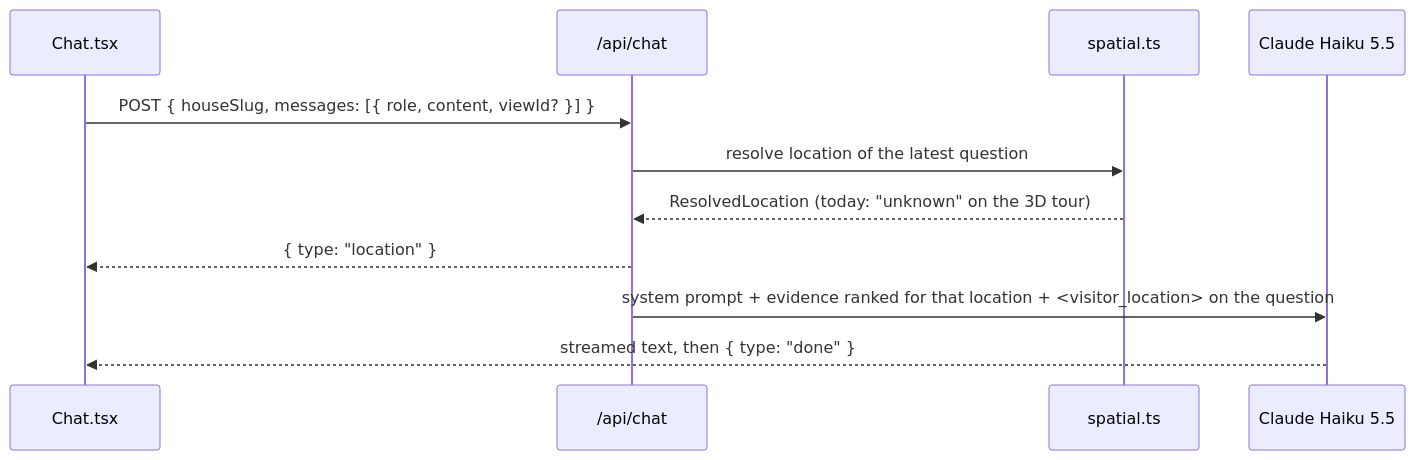
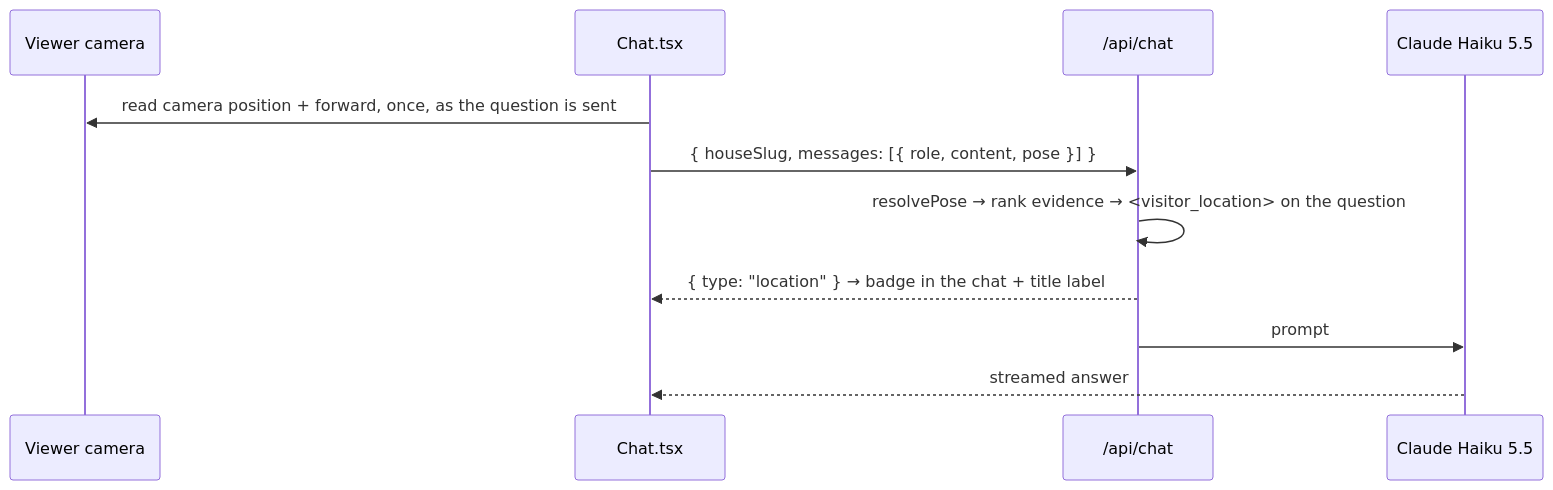
Before and after one commit to bkleinp/splat: the diagram in docs/llm-layer.md, drawn with Mermaid. The commit also changed other lines of this file and 15 other files, not shown here.

First line of the commit message:
Add spatial context: camera-pose zones, 3D view-ray facing, zone-authoring tools

````diff
--- a/docs/llm-layer.md
+++ b/docs/llm-layer.md
@@ -34,14 +32,14 @@
 ```mermaid
 sequenceDiagram
+  participant V as Viewer camera
   participant B as Chat.tsx
   participant R as /api/chat
-  participant S as spatial.ts
   participant C as Claude Haiku 5.5
 
-  B->>R: POST { houseSlug, messages: [{ role, content, viewId? }] }
-  R->>S: resolve location of the latest question
-  S-->>R: ResolvedLocation (today: "unknown" on the 3D tour)
-  R-->>B: { type: "location" }
-  R->>C: system prompt + evidence ranked for that location + <visitor_location> on the question
-  C-->>B: streamed text, then { type: "done" }
+  B->>V: read camera position + forward, once, as the question is sent
+  B->>R: { houseSlug, messages: [{ role, content, pose }] }
+  R->>R: resolvePose → rank evidence → <visitor_location> on the question
+  R-->>B: { type: "location" } → badge in the chat + title label
+  R->>C: prompt
+  C-->>B: streamed answer
 ```
````
